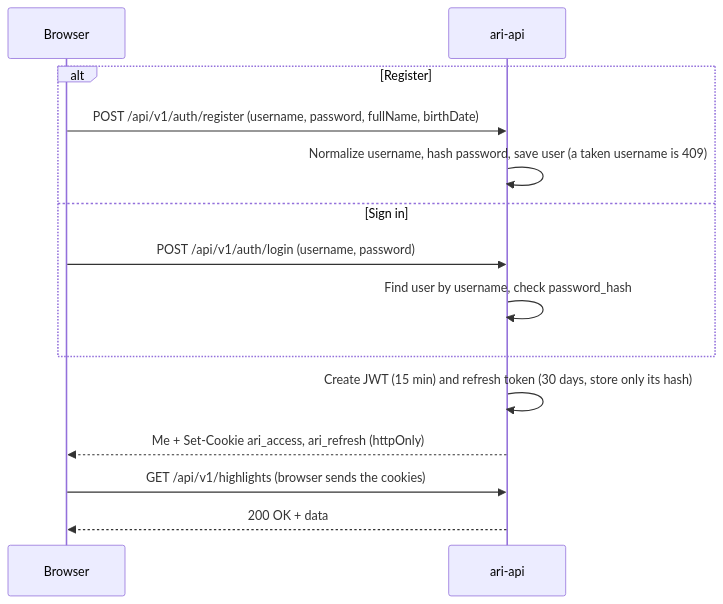
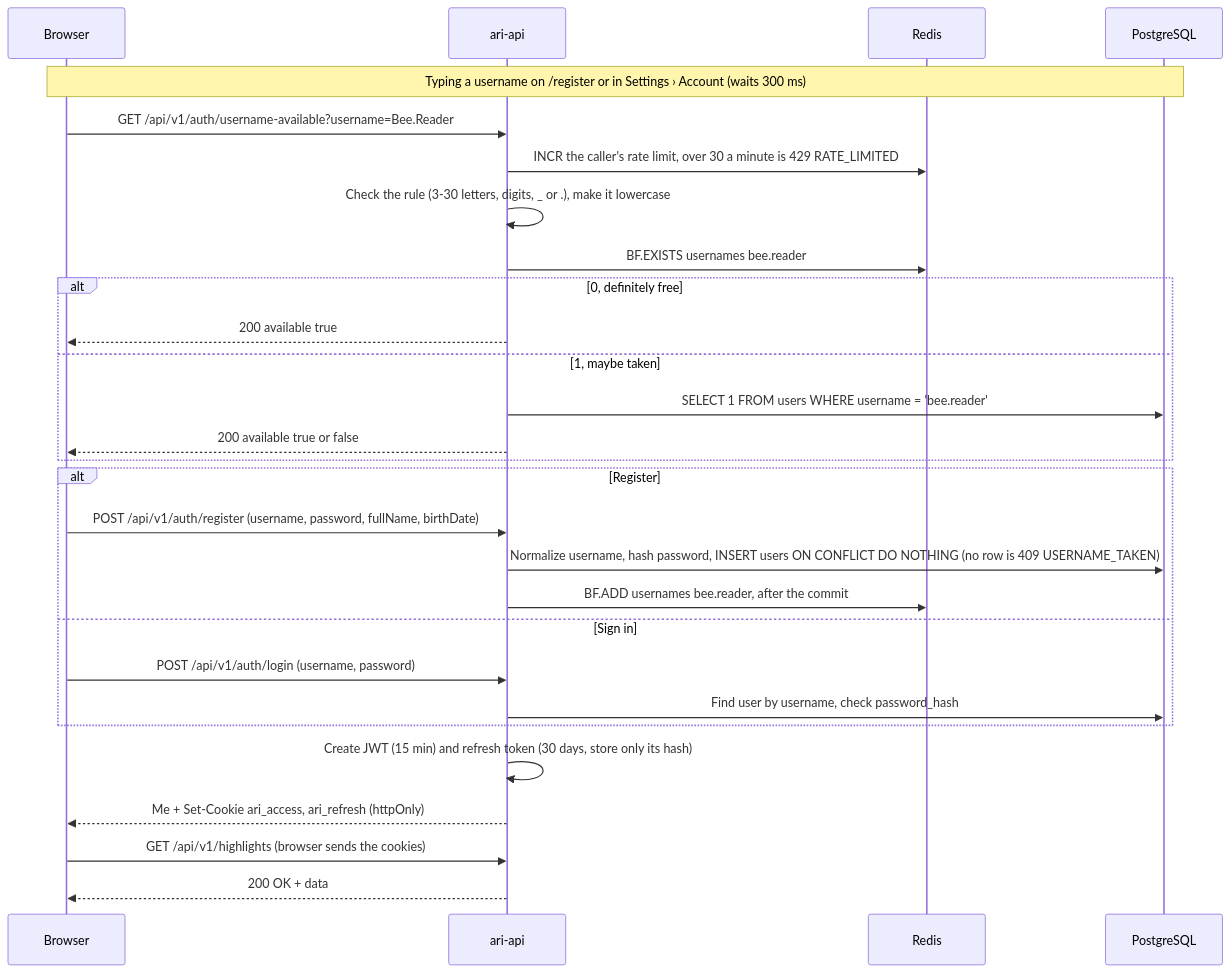
Before and after one commit to salimsalimzade/ari-api: the first of 9 diagrams in docs/sequences.md, drawn with Mermaid. The commit also changed other lines of this file and 181 other files, not shown here.

````diff
--- a/docs/sequences.md
+++ b/docs/sequences.md
@@ -17,16 +19,30 @@
 ```mermaid
 sequenceDiagram
   participant B as Browser
   participant A as ari-api
+  participant R as Redis
+  participant D as PostgreSQL
+  Note over B,D: Typing a username on /register or in Settings › Account (waits 300 ms)
+  B->>A: GET /api/v1/auth/username-available?username=Bee.Reader
+  A->>R: INCR the caller's rate limit, over 30 a minute is 429 RATE_LIMITED
+  A->>A: Check the rule (3-30 letters, digits, _ or .), make it lowercase
+  A->>R: BF.EXISTS usernames bee.reader
+  alt 0, definitely free
+    A-->>B: 200 available true
+  else 1, maybe taken
+    A->>D: SELECT 1 FROM users WHERE username = 'bee.reader'
+    A-->>B: 200 available true or false
+  end
   alt Register
     B->>A: POST /api/v1/auth/register (username, password, fullName, birthDate)
-    A->>A: Normalize username, hash password, save user (a taken username is 409)
+    A->>D: Normalize username, hash password, INSERT users ON CONFLICT DO NOTHING (no row is 409 USERNAME_TAKEN)
+    A->>R: BF.ADD usernames bee.reader, after the commit
   else Sign in
     B->>A: POST /api/v1/auth/login (username, password)
-    A->>A: Find user by username, check password_hash
+    A->>D: Find user by username, check password_hash
   end
   A->>A: Create JWT (15 min) and refresh token (30 days, store only its hash)
   A-->>B: Me + Set-Cookie ari_access, ari_refresh (httpOnly)
   B->>A: GET /api/v1/highlights (browser sends the cookies)
   A-->>B: 200 OK + data
 ```
````
